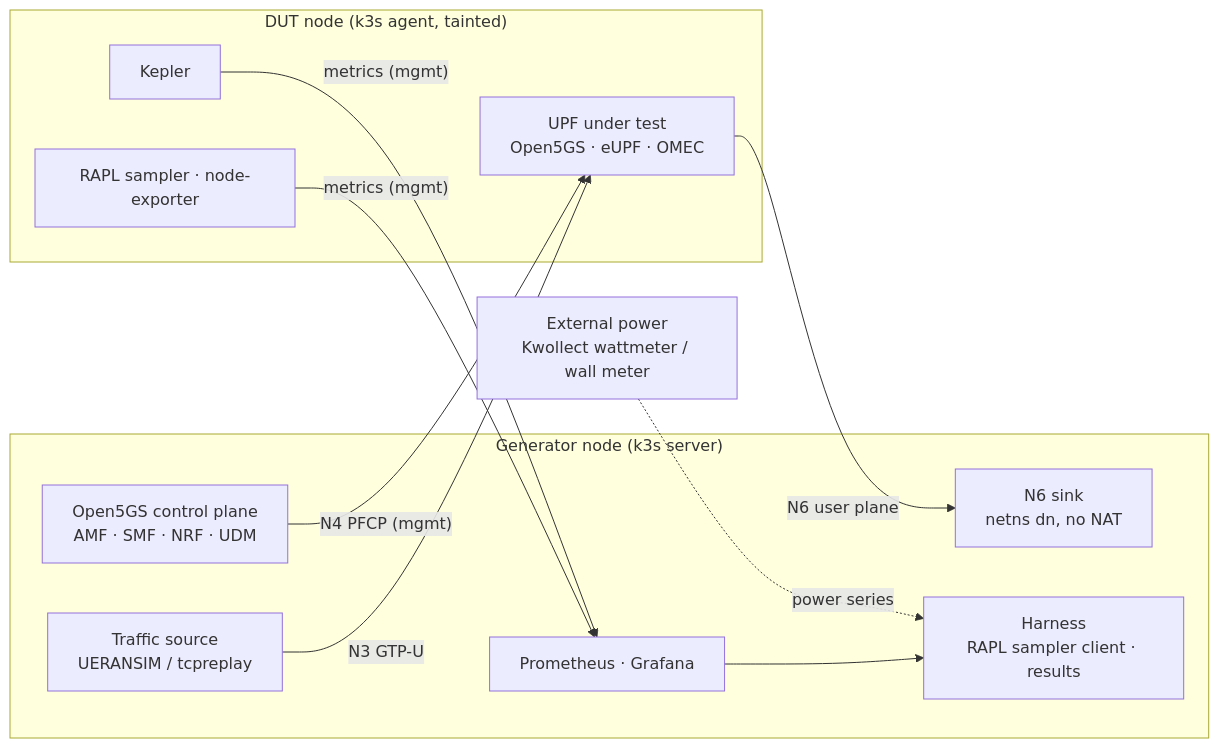
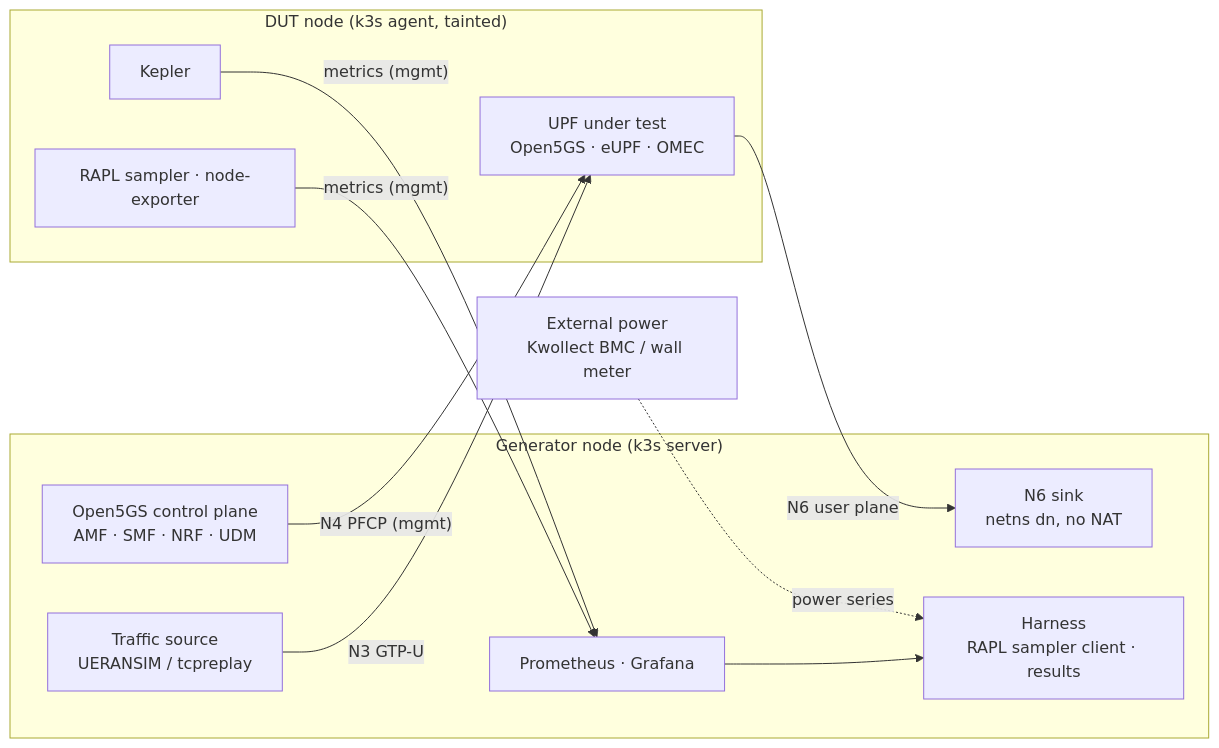
The diagram in docs/figures/architecture.mmd (BryanTxz10/watts-per-gigabit), drawn with Mermaid before and after one commit. The commit also changed 15 other files, not shown here.

First line of the commit message:
Restrict Grid'5000 node selection to three-interface clusters; fix paper timeline

```diff
--- a/docs/figures/architecture.mmd
+++ b/docs/figures/architecture.mmd
@@ -1,28 +1,28 @@
 %% Architecture overview: two-node CUPS bench on either platform.
 %% Generator node hosts everything that is not measured; DUT runs only the UPF
 %% under test and the measurement agents. N3 and N6 are isolated L2 segments
 %% (KaVLAN on Grid'5000, direct cables at home).
 flowchart LR
   subgraph GEN["Generator node (k3s server)"]
     CP["Open5GS control plane<br/>AMF · SMF · NRF · UDM"]
     TG["Traffic source<br/>UERANSIM / tcpreplay"]
     SINK["N6 sink<br/>netns dn, no NAT"]
     PROM["Prometheus · Grafana"]
     HARN["Harness<br/>RAPL sampler client · results"]
   end
 
   subgraph DUT["DUT node (k3s agent, tainted)"]
     UPF["UPF under test<br/>Open5GS · eUPF · OMEC"]
     KEP["Kepler"]
     RAPL["RAPL sampler · node-exporter"]
   end
 
-  PWR["External power<br/>Kwollect wattmeter / wall meter"]
+  PWR["External power<br/>Kwollect BMC / wall meter"]
 
   CP -- "N4 PFCP (mgmt)" --> UPF
   TG -- "N3 GTP-U" --> UPF
   UPF -- "N6 user plane" --> SINK
   KEP -- "metrics (mgmt)" --> PROM
   RAPL -- "metrics (mgmt)" --> PROM
   PWR -. "power series" .-> HARN
   PROM --> HARN
```
